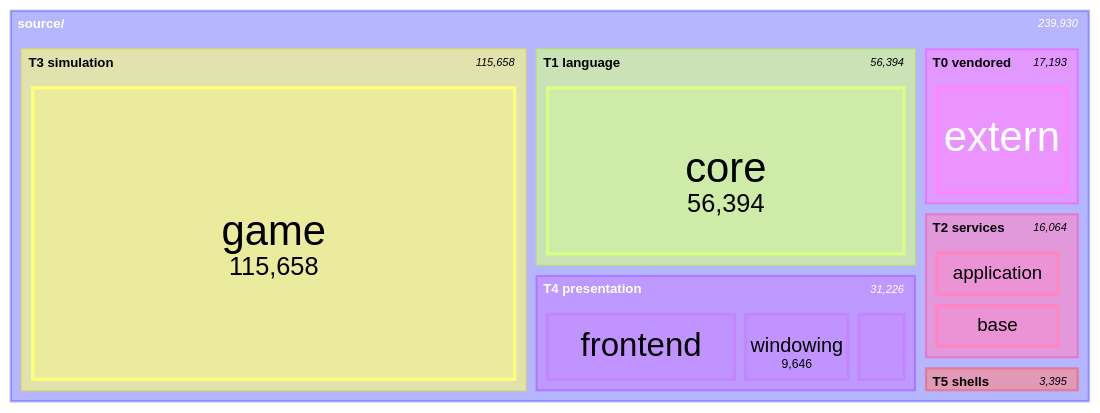
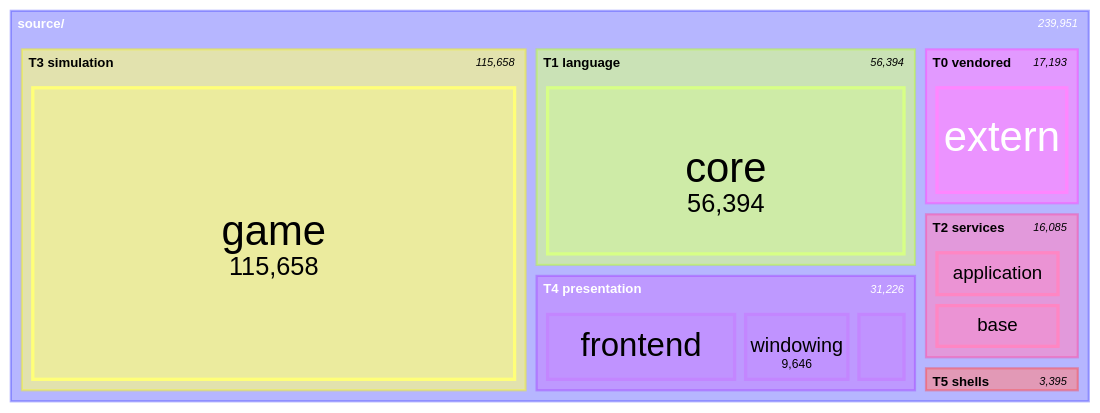
One commit to apnex/OpenStarbound changed the seventh of 11 diagrams in docs/architecture/system-boundaries.md. Above: the diagram before and after it, drawn with Mermaid. The commit also changed other lines of this file and 6 other files, not shown here.

````diff
--- a/docs/architecture/system-boundaries.md
+++ b/docs/architecture/system-boundaries.md
@@ -592,22 +592,22 @@
 ```mermaid
 treemap-beta
 "source/"
     "T0 vendored"
         "extern": 17193
     "T1 language"
         "core": 56394
     "T2 services"
         "application": 7607
         "base": 7468
-        "metrics": 847
+        "metrics": 868
         "platform": 142
     "T3 simulation"
         "game": 115658
     "T4 presentation"
         "frontend": 16863
         "windowing": 9646
         "rendering": 4717
     "T5 shells"
         "client": 2612
         "server": 783
 ```
````
